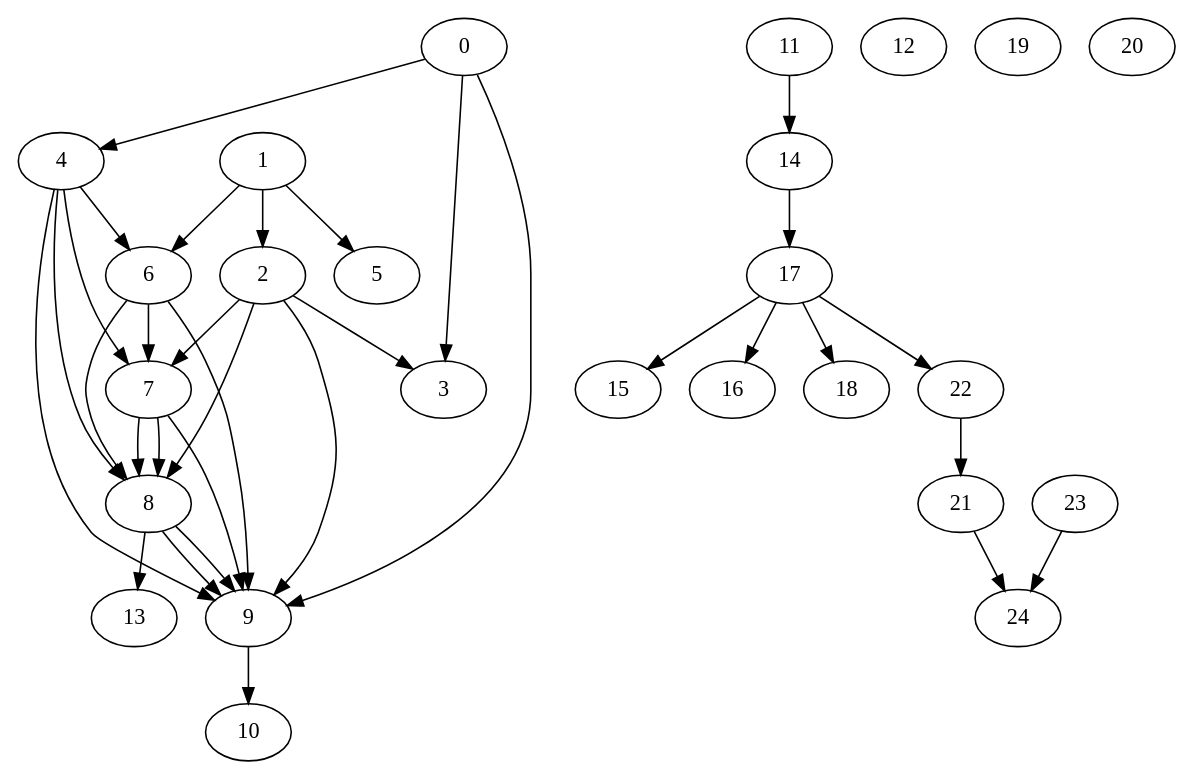
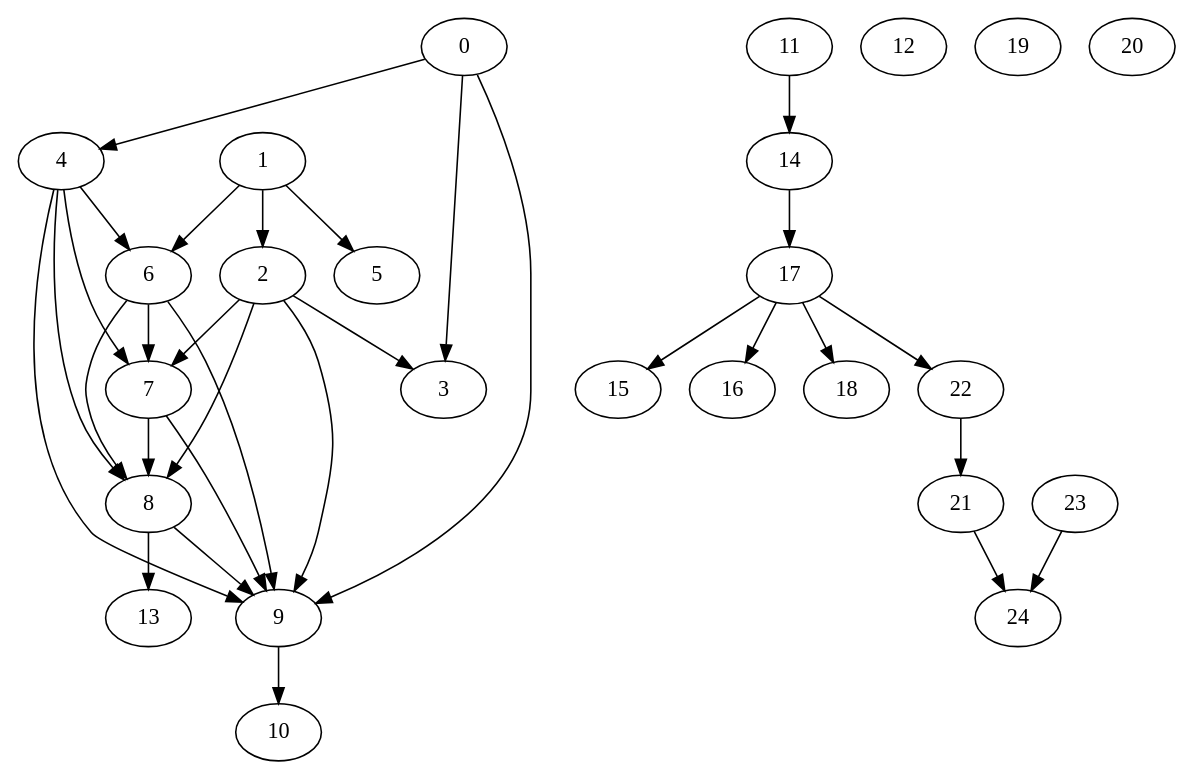
The diagram in src/main/resources/big.dot (harmanlamba/GanttBustersTaskScheduler), drawn with Graphviz before and after one commit. The commit also changed 8 other files, not shown here.

```diff
--- a/src/main/resources/big.dot
+++ b/src/main/resources/big.dot
@@ -1,67 +1,65 @@
 digraph "Random_Nodes_10_Density_1.90_CCR_10.00_WeightType_Random" {
 	graph [CCR=10.0,
 		Density=1.9,
 		"No of edges"=19,
 		"No of nodes"=10,
 		"Node concurrency"=-1,
 		"Total sequential time"=63
 	];
 	0	 [Weight=6];
 	3	 [Weight=10];
 	0 -> 3	 [Weight=34];
 	4	 [Weight=3];
 	0 -> 4	 [Weight=24];
 	9	 [Weight=8];
 	0 -> 9	 [Weight=44];
 	1	 [Weight=5];
 	2	 [Weight=5];
 	1 -> 2	 [Weight=48];
 	5	 [Weight=7];
 	1 -> 5	 [Weight=19];
 	6	 [Weight=8];
 	1 -> 6	 [Weight=39];
 	2 -> 3	 [Weight=10];
 	7	 [Weight=3];
 	2 -> 7	 [Weight=48];
 	8	 [Weight=8];
 	2 -> 8	 [Weight=48];
 	4 -> 6	 [Weight=10];
 	4 -> 7	 [Weight=48];
 	4 -> 8	 [Weight=48];
 	4 -> 9	 [Weight=39];
 	6 -> 7	 [Weight=15];
 	6 -> 8	 [Weight=39];
 	6 -> 9	 [Weight=29];
 	7 -> 8	 [Weight=15];
 	7 -> 9	 [Weight=34];
 	8 -> 9	 [Weight=39];
 	10	 [Weight=10];
 	11	 [Weight=6];
 	12	 [Weight=9];
 	13	 [Weight=1];
 	14	 [Weight=11];
 	9 -> 10	 [Weight=48];
 	11 -> 14	 [Weight=39];
 	8 -> 13	 [Weight=15];
-	8 -> 9	 [Weight=39];
 	2 -> 9	 [Weight=29];
-	7 -> 8	 [Weight=15];
 	15	 [Weight=10];
 	16	 [Weight=6];
 	17	 [Weight=10];
 	18	 [Weight=10];
 	19	 [Weight=6];
 	20	 [Weight=10];
 	21	 [Weight=6];
 	22	 [Weight=10];
 	23	 [Weight=10];
 	24	 [Weight=6];
 	17 -> 18	 [Weight=15];
 	17 -> 16	 [Weight=14];
 	17 -> 15	 [Weight=15];
 	17 -> 22	 [Weight=15];
 	22 -> 21	 [Weight=15];
 	21 -> 24	 [Weight=15];
 	23 -> 24	 [Weight=15];
 	14 -> 17	 [Weight=15];
 }
```
